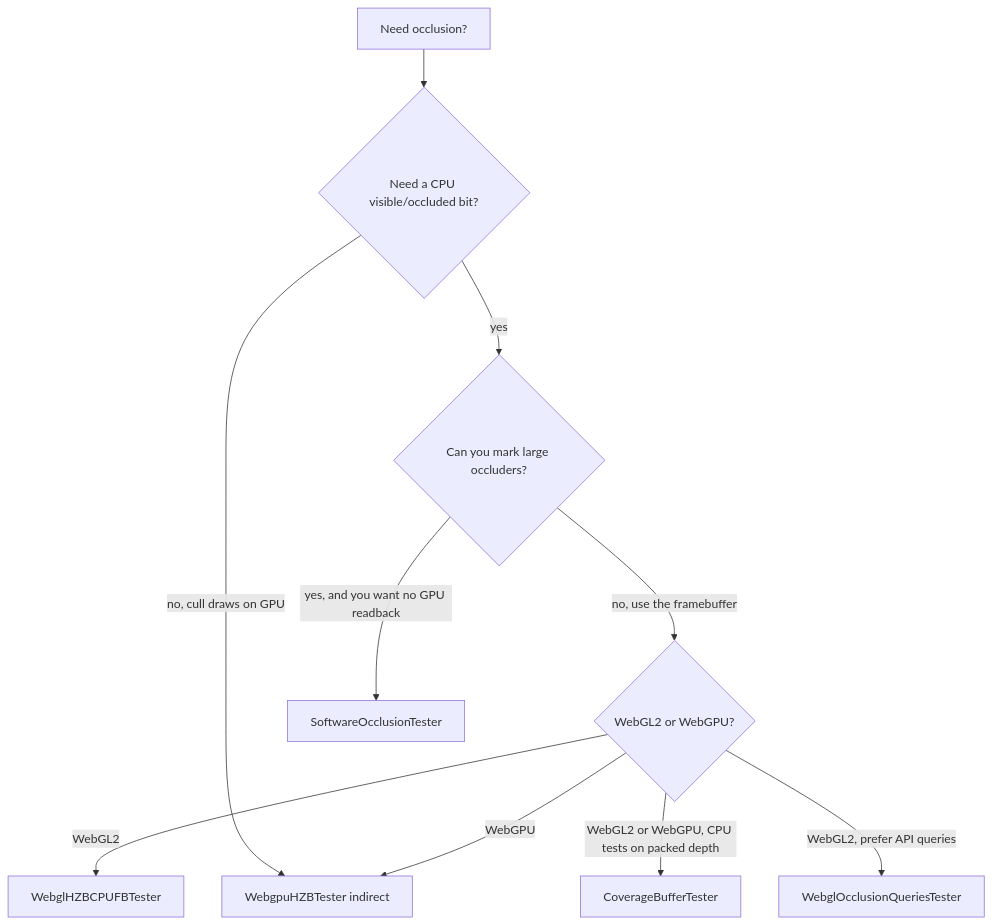
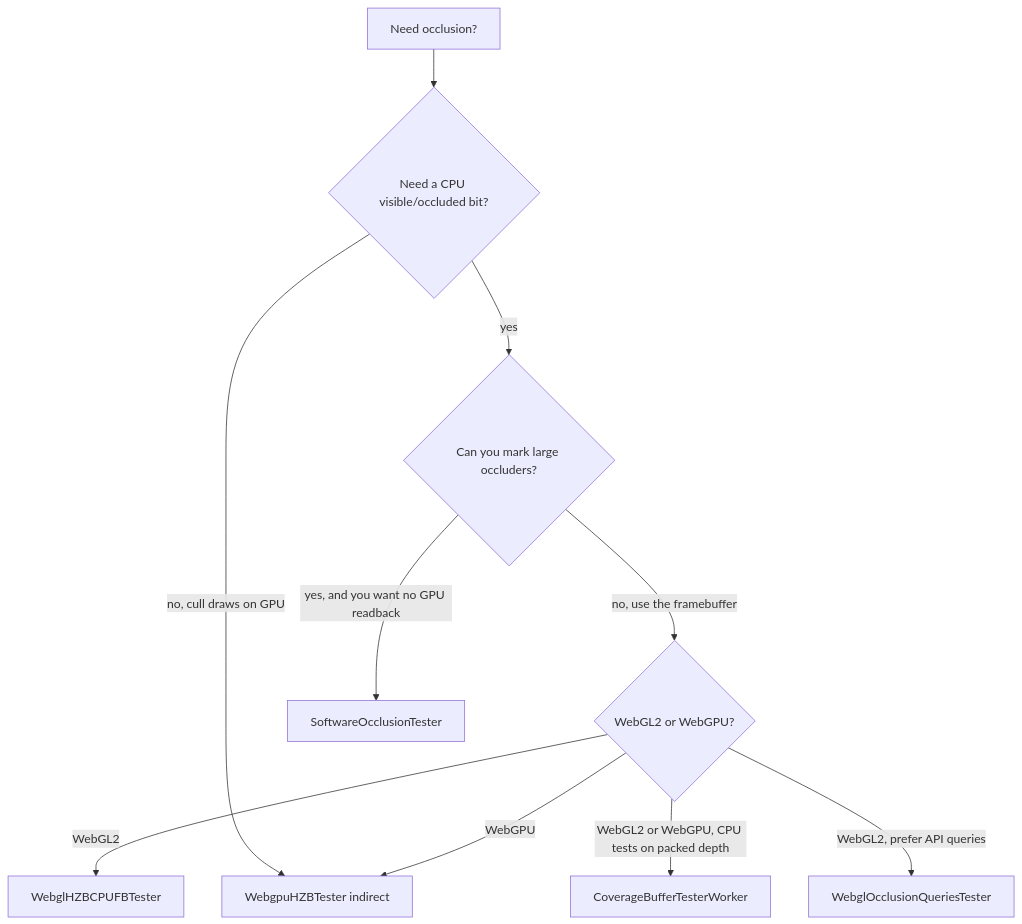
The diagram in docs/occlusion/choosing-backend.md (AlexAPPi/playcanvas-opti-pixel), drawn with Mermaid before and after one commit. The commit also changed other lines of this file and 30 other files, not shown here.

Commit message:
Update CoverageBuffer strategy

````diff
--- a/docs/occlusion/choosing-backend.md
+++ b/docs/occlusion/choosing-backend.md
@@ -17,17 +17,17 @@
 ```mermaid
 flowchart TD
     start[Need occlusion?]
     cpu{Need a CPU visible/occluded bit?}
     gpu{WebGL2 or WebGPU?}
     occluders{Can you mark large occluders?}
 
     start --> cpu
     cpu -->|yes| occluders
     occluders -->|yes, and you want no GPU readback| sw[SoftwareOcclusionTester]
     occluders -->|no, use the framebuffer| gpu
     cpu -->|no, cull draws on GPU| webgpu[WebgpuHZBTester indirect]
     gpu -->|WebGL2| hzbgl[WebglHZBCPUFBTester]
     gpu -->|WebGPU| webgpu
-    gpu -->|WebGL2 or WebGPU, CPU tests on packed depth| cov[CoverageBufferTester]
+    gpu -->|WebGL2 or WebGPU, CPU tests on packed depth| cov[CoverageBufferTesterWorker]
     gpu -->|WebGL2, prefer API queries| q[WebglOcclusionQueriesTester]
 ```
````
